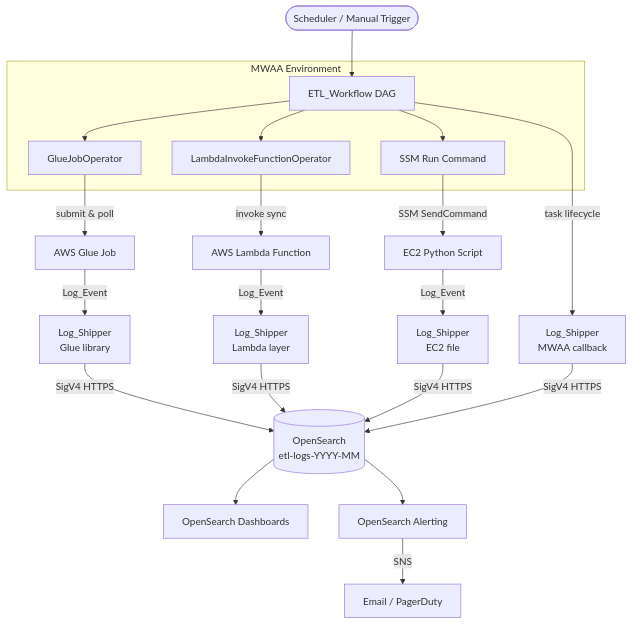
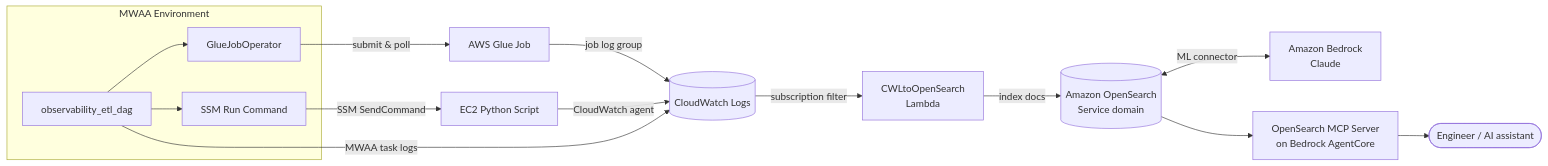
One commit to aws-samples/sample-etl-troubleshooting-using-genai changed the diagram in README.md. Above: the diagram before and after it, drawn with Mermaid. The commit also changed other lines of this file, not shown here.

First line of the commit message:
docs: Rewrite README to match deployed architecture

````diff
--- a/README.md
+++ b/README.md
@@ -30,26 +31,22 @@
 ```mermaid
-flowchart TD
-    Trigger([Scheduler / Manual Trigger]) --> DAG
-
+flowchart LR
     subgraph MWAA["MWAA Environment"]
-        DAG[ETL_Workflow DAG]
+        DAG[observability_etl_dag]
         DAG --> GlueTask[GlueJobOperator]
-        DAG --> LambdaTask[LambdaInvokeFunctionOperator]
         DAG --> EC2Task[SSM Run Command]
     end
 
     GlueTask -->|submit & poll| Glue[AWS Glue Job]
-    LambdaTask -->|invoke sync| Lambda[AWS Lambda Function]
     EC2Task -->|SSM SendCommand| EC2[EC2 Python Script]
 
-    Glue -->|Log_Event| LS1[Log_Shipper\nGlue library]
-    Lambda -->|Log_Event| LS2[Log_Shipper\nLambda layer]
-    EC2 -->|Log_Event| LS3[Log_Shipper\nEC2 file]
-    DAG -->|task lifecycle| LS4[Log_Shipper\nMWAA callback]
+    Glue -->|job log group| CWL[(CloudWatch Logs)]
+    EC2 -->|CloudWatch agent| CWL
+    DAG -->|MWAA task logs| CWL
 
-    LS1 & LS2 & LS3 & LS4 -->|SigV4 HTTPS| OS[(OpenSearch\netl-logs-YYYY-MM)]
+    CWL -->|subscription filter| Fwd[CWLtoOpenSearch\nLambda]
+    Fwd -->|index docs| OS[(Amazon OpenSearch\nService domain)]
 
-    OS --> Dash[OpenSearch Dashboards]
-    OS --> Alert[OpenSearch Alerting]
-    Alert -->|SNS| Email[Email / PagerDuty]
+    OS <-->|ML connector| Bedrock[Amazon Bedrock\nClaude]
+    OS --> MCP[OpenSearch MCP Server\non Bedrock AgentCore]
+    MCP --> User([Engineer / AI assistant])
 ```
````
